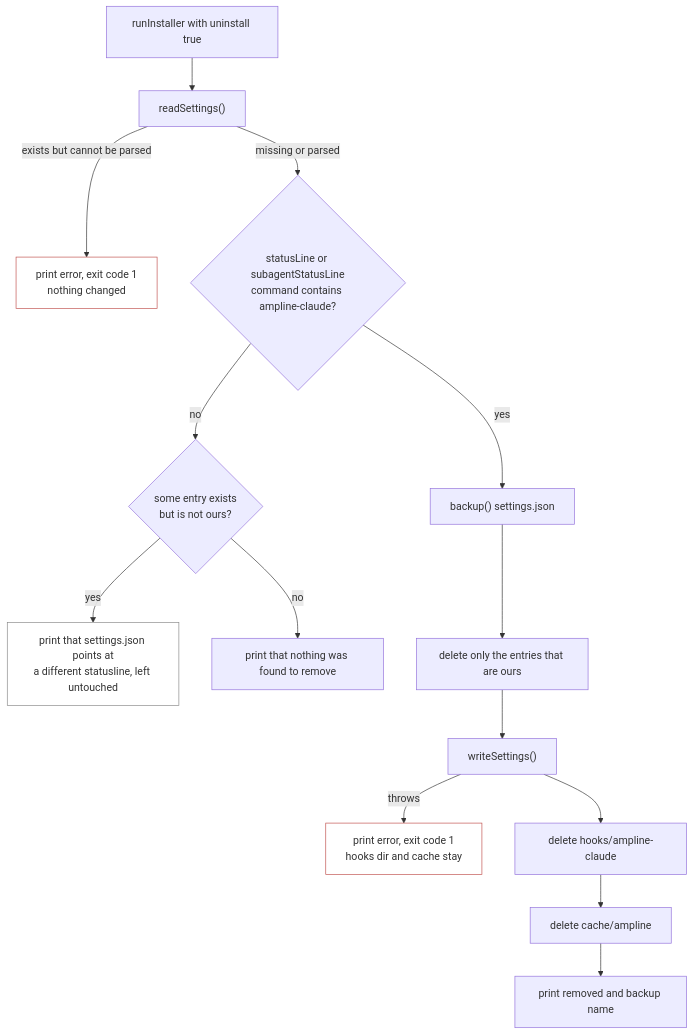
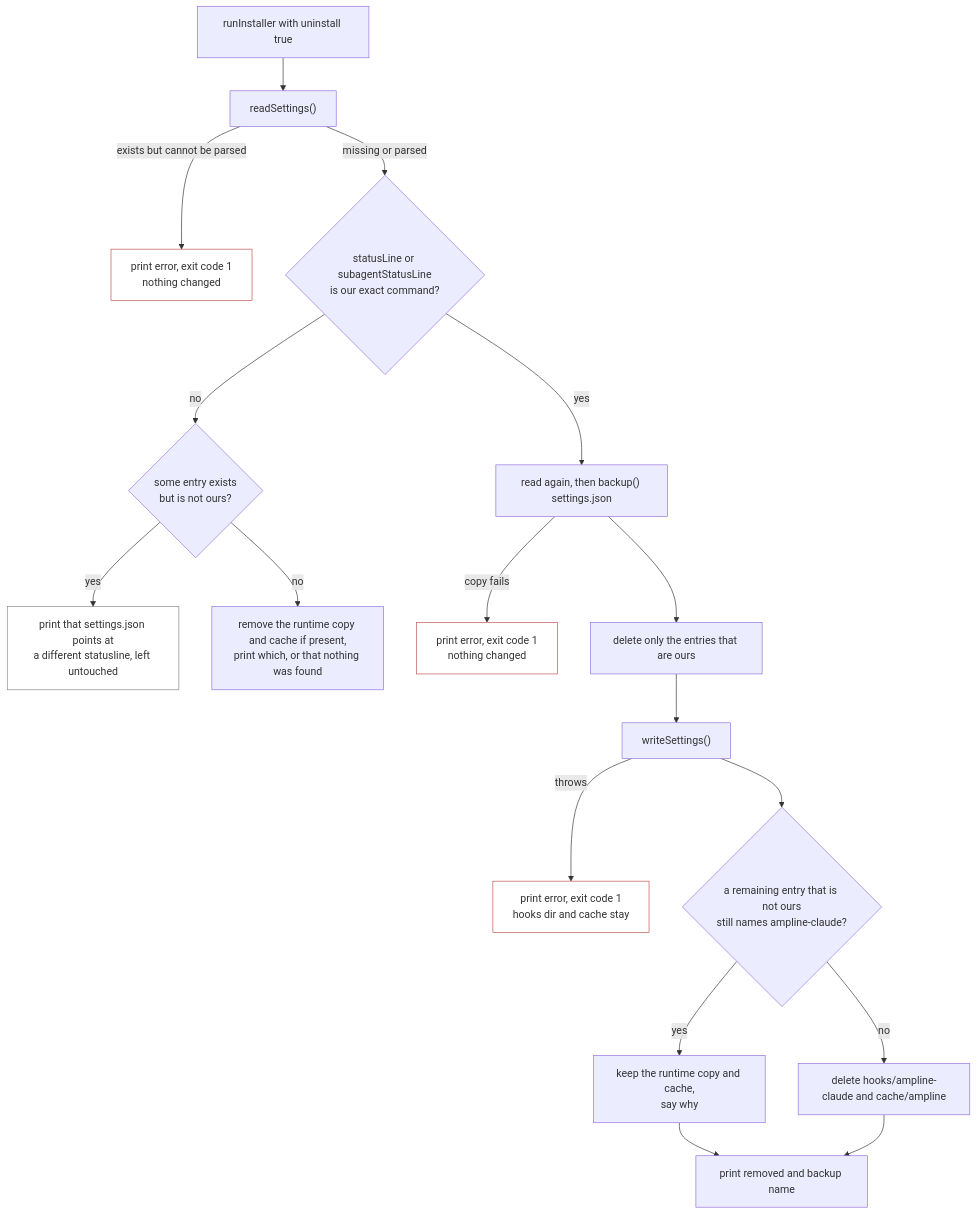
One commit to carterptull/ampline-claude changed the fourth of 4 diagrams in diagrams/install-flow.md. Above: the diagram before and after it, drawn with Mermaid. The commit also changed other lines of this file and 6 other files, not shown here.

First line of the commit message:
docs: refresh the install diagram, record the 1.0 limits and drop audit ids

````diff
--- a/diagrams/install-flow.md
+++ b/diagrams/install-flow.md
@@ -133,20 +161,24 @@
 ```mermaid
 flowchart TD
     A["runInstaller with uninstall true"] --> B["readSettings()"]
     B -->|"exists but cannot be parsed"| X1["print error, exit code 1<br/>nothing changed"]
-    B -->|"missing or parsed"| C{"statusLine or subagentStatusLine<br/>command contains ampline-claude?"}
+    B -->|"missing or parsed"| C{"statusLine or subagentStatusLine<br/>is our exact command?"}
     C -->|"no"| D{"some entry exists<br/>but is not ours?"}
     D -->|"yes"| L["print that settings.json points at<br/>a different statusline, left untouched"]
-    D -->|"no"| M["print that nothing was found to remove"]
-    C -->|"yes"| E["backup() settings.json"]
+    D -->|"no"| M["remove the runtime copy and cache if present,<br/>print which, or that nothing was found"]
+    C -->|"yes"| E["read again, then backup() settings.json"]
+    E -->|"copy fails"| X3["print error, exit code 1<br/>nothing changed"]
     E --> F["delete only the entries that are ours"]
     F --> G["writeSettings()"]
     G -->|"throws"| X2["print error, exit code 1<br/>hooks dir and cache stay"]
-    G --> R1["delete hooks/ampline-claude"]
-    R1 --> R2["delete cache/ampline"]
-    R2 --> OK["print removed and backup name"]
+    G --> K{"a remaining entry that is not ours<br/>still names ampline-claude?"}
+    K -->|"yes"| KEEP["keep the runtime copy and cache,<br/>say why"]
+    K -->|"no"| R1["delete hooks/ampline-claude and cache/ampline"]
+    KEEP --> OK["print removed and backup name"]
+    R1 --> OK
 
     style L fill:transparent,stroke:#888
     style X1 fill:transparent,stroke:#c0504d
     style X2 fill:transparent,stroke:#c0504d
+    style X3 fill:transparent,stroke:#c0504d
 ```
````
